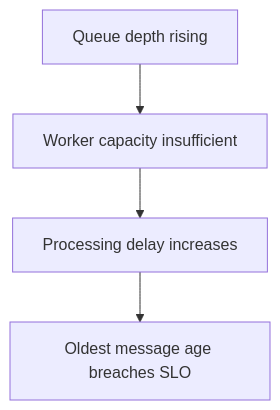
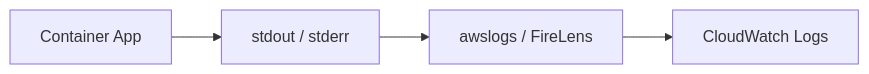
Before and after one commit to AvadhBhalodiya/Interview-Preparation: the third of 3 diagrams in src/content/devops/monitoring-logging.md, drawn with Mermaid. The commit also changed other lines of this file and 54 other files, not shown here.

````diff
--- a/src/content/devops/monitoring-logging.md
+++ b/src/content/devops/monitoring-logging.md
@@ -1308,6 +508,6 @@
 ```mermaid
-flowchart TD
-    A[Queue depth rising] --> B[Worker capacity insufficient]
-    B --> C[Processing delay increases]
-    C --> D[Oldest message age breaches SLO]
+flowchart LR
+    APP[Container App] --> OUT[stdout / stderr]
+    OUT --> DRIVER[awslogs / FireLens]
+    DRIVER --> CW[CloudWatch Logs]
 ```
````
